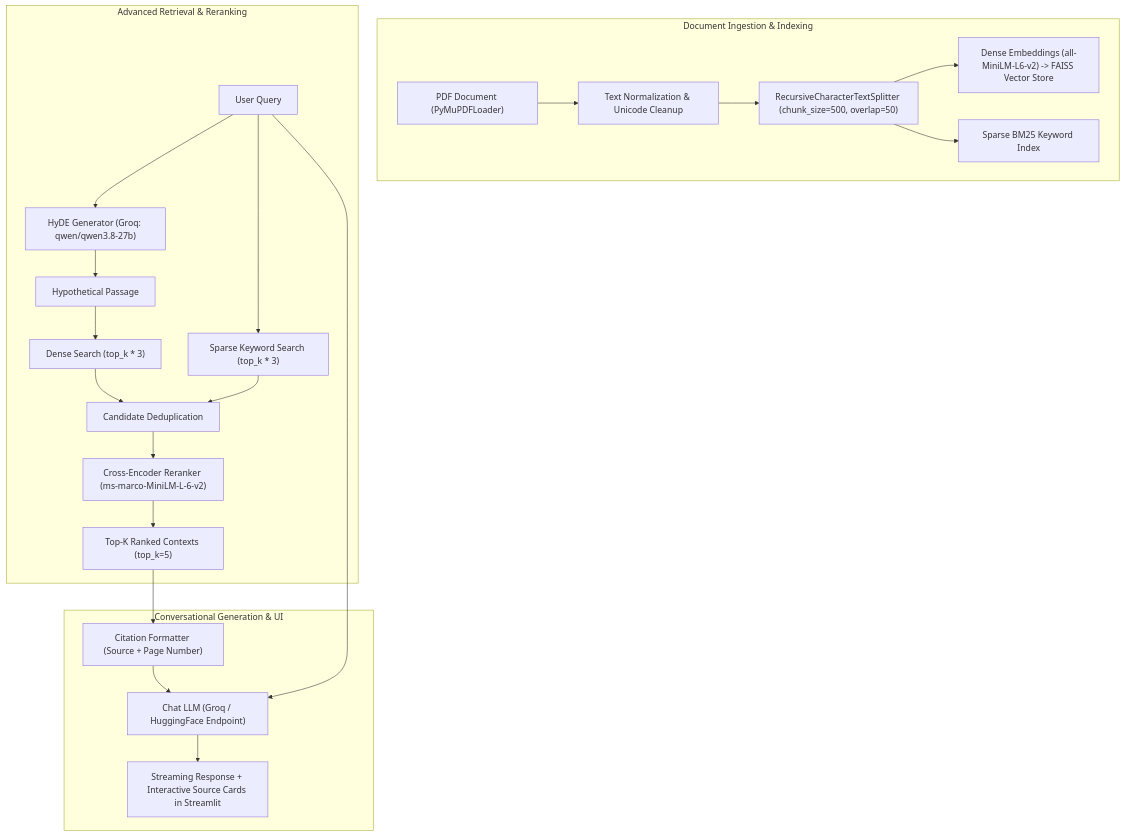
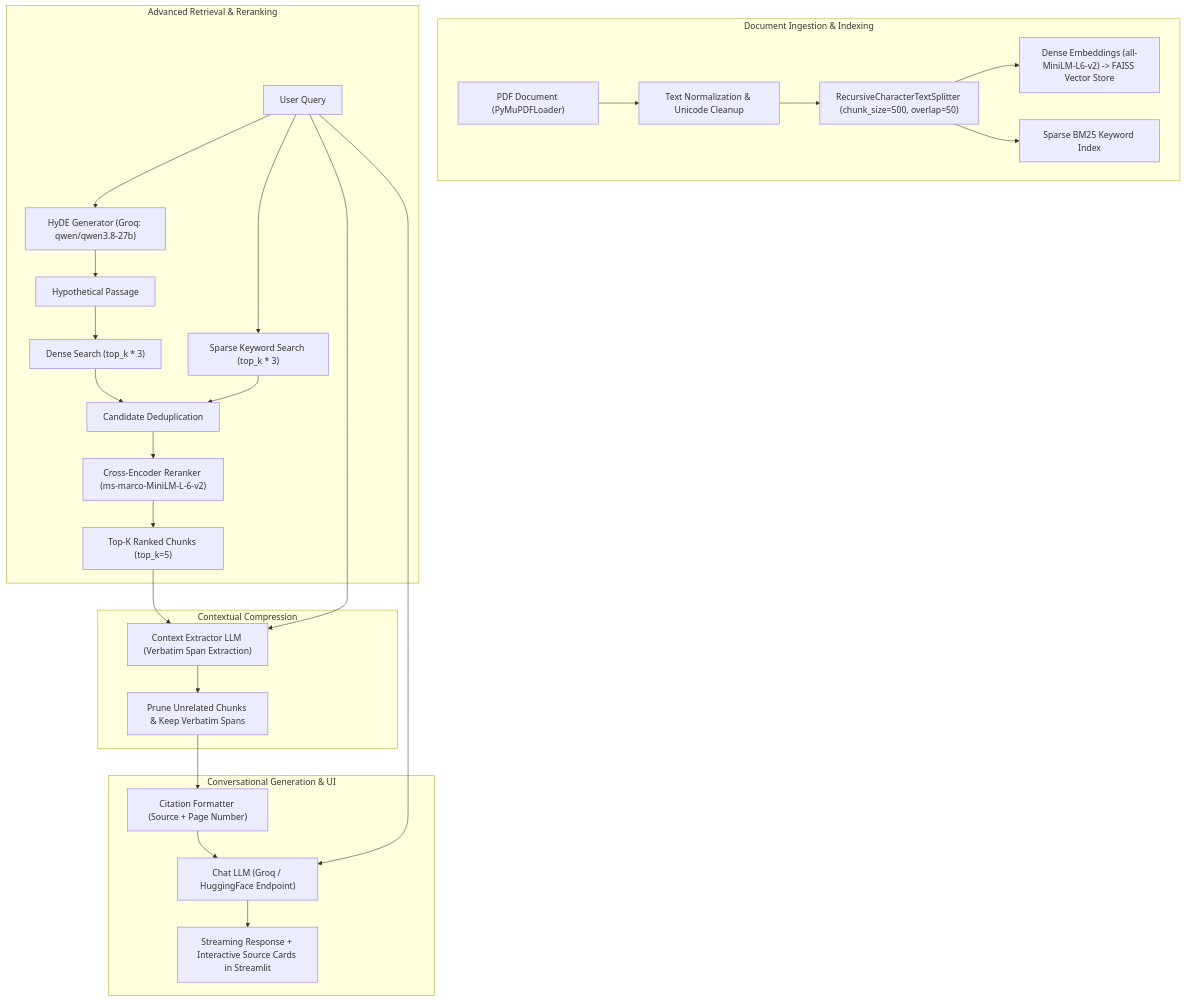
One commit to yogibaba7/DocuMind-RAG changed the diagram in documentation.md. Above: the diagram before and after it, drawn with Mermaid. The commit also changed other lines of this file and 7 other files, not shown here.

First line of the commit message:
feat(rag): add contextual compression with verbatim span extraction and benchmark evaluation

````diff
--- a/documentation.md
+++ b/documentation.md
@@ -24,27 +25,33 @@
 ```mermaid
 flowchart TD
     subgraph Ingestion["Document Ingestion & Indexing"]
         PDF["PDF Document (PyMuPDFLoader)"] --> Clean["Text Normalization & Unicode Cleanup"]
         Clean --> Chunk["RecursiveCharacterTextSplitter (chunk_size=500, overlap=50)"]
         Chunk --> DenseIndex["Dense Embeddings (all-MiniLM-L6-v2) -> FAISS Vector Store"]
         Chunk --> SparseIndex["Sparse BM25 Keyword Index"]
     end
 
     subgraph QueryPipeline["Advanced Retrieval & Reranking"]
         UserQ["User Query"] --> HyDE["HyDE Generator (Groq: qwen/qwen3.8-27b)"]
         HyDE --> ExpandedQ["Hypothetical Passage"]
         ExpandedQ --> FAISS["Dense Search (top_k * 3)"]
         UserQ --> BM25["Sparse Keyword Search (top_k * 3)"]
         FAISS --> Merge["Candidate Deduplication"]
         BM25 --> Merge
         Merge --> Reranker["Cross-Encoder Reranker (ms-marco-MiniLM-L-6-v2)"]
-        Reranker --> TopK["Top-K Ranked Contexts (top_k=5)"]
+        Reranker --> TopK["Top-K Ranked Chunks (top_k=5)"]
+    end
+
+    subgraph Compression["Contextual Compression"]
+        TopK --> Extractor["Context Extractor LLM (Verbatim Span Extraction)"]
+        UserQ --> Extractor
+        Extractor --> Filter["Prune Unrelated Chunks & Keep Verbatim Spans"]
     end
 
     subgraph Generation["Conversational Generation & UI"]
-        TopK --> Formatter["Citation Formatter (Source + Page Number)"]
+        Filter --> Formatter["Citation Formatter (Source + Page Number)"]
         Formatter --> LLM["Chat LLM (Groq / HuggingFace Endpoint)"]
         UserQ --> LLM
         LLM --> Stream["Streaming Response + Interactive Source Cards in Streamlit"]
     end
 ```
````
